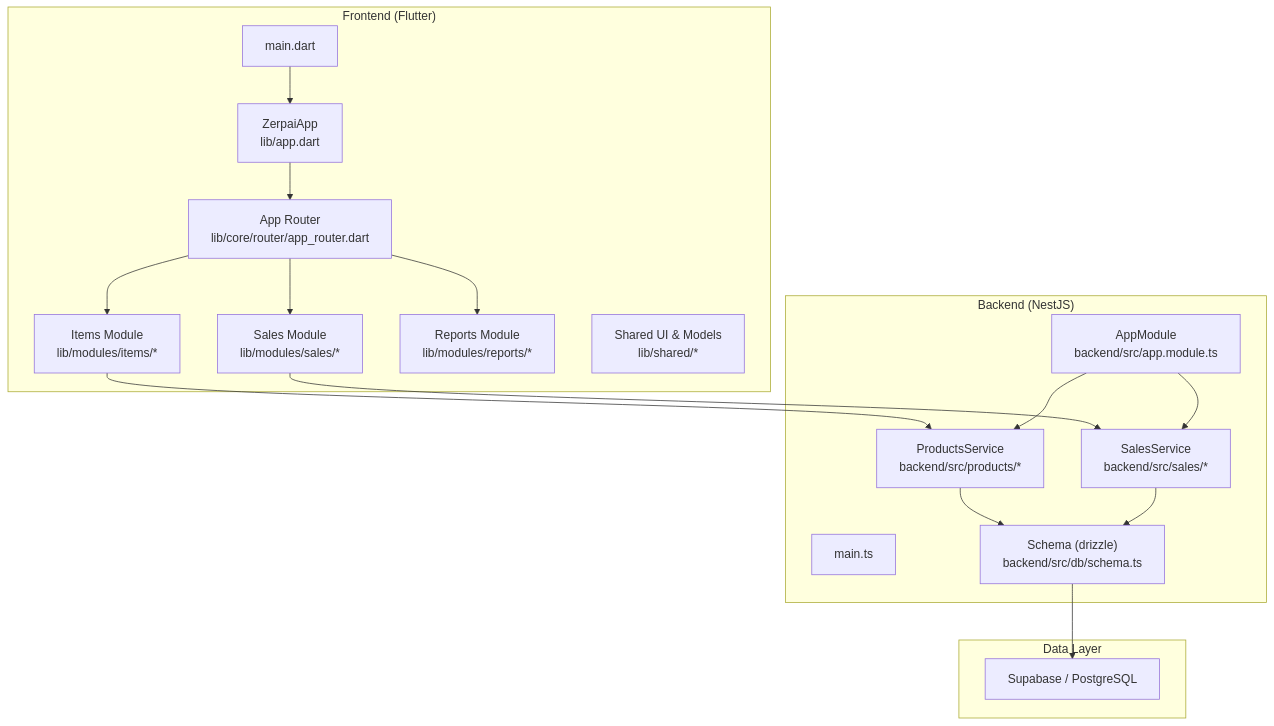
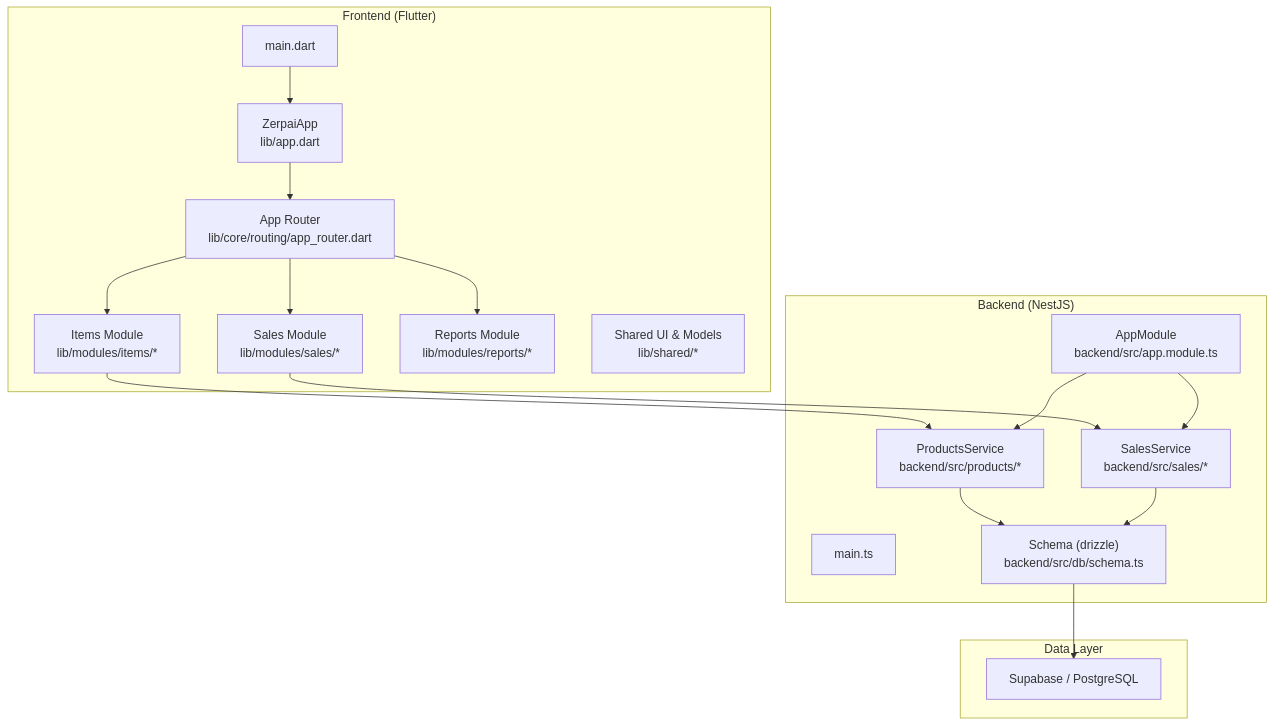
The first of 7 diagrams in repowiki/en/content/Core Modules/Core Modules.md (ARUNTHOMAS3/trans), drawn with Mermaid before and after one commit. The commit also changed other lines of this file and 112 other files, not shown here.

````diff
--- a/repowiki/en/content/Core Modules/Core Modules.md
+++ b/repowiki/en/content/Core Modules/Core Modules.md
@@ -40,34 +40,34 @@
 ```mermaid
 graph TB
 subgraph "Frontend (Flutter)"
 APP["ZerpaiApp<br/>lib/app.dart"]
 MAIN["main.dart"]
-ROUTER["App Router<br/>lib/core/router/app_router.dart"]
+ROUTER["App Router<br/>lib/core/routing/app_router.dart"]
 ITEMS["Items Module<br/>lib/modules/items/*"]
 SALES["Sales Module<br/>lib/modules/sales/*"]
 REPORTS["Reports Module<br/>lib/modules/reports/*"]
 SHARED["Shared UI & Models<br/>lib/shared/*"]
 end
 subgraph "Backend (NestJS)"
 NEST_APP["AppModule<br/>backend/src/app.module.ts"]
 MAIN_TS["main.ts"]
 PRODUCTS_SVC["ProductsService<br/>backend/src/products/*"]
 SALES_SVC["SalesService<br/>backend/src/sales/*"]
 DB_SCHEMA["Schema (drizzle)<br/>backend/src/db/schema.ts"]
 end
 subgraph "Data Layer"
 SUPABASE["Supabase / PostgreSQL"]
 end
 MAIN --> APP
 APP --> ROUTER
 ROUTER --> ITEMS
 ROUTER --> SALES
 ROUTER --> REPORTS
 ITEMS --> PRODUCTS_SVC
 SALES --> SALES_SVC
 NEST_APP --> PRODUCTS_SVC
 NEST_APP --> SALES_SVC
 PRODUCTS_SVC --> DB_SCHEMA
 SALES_SVC --> DB_SCHEMA
 DB_SCHEMA --> SUPABASE
 ```
````
